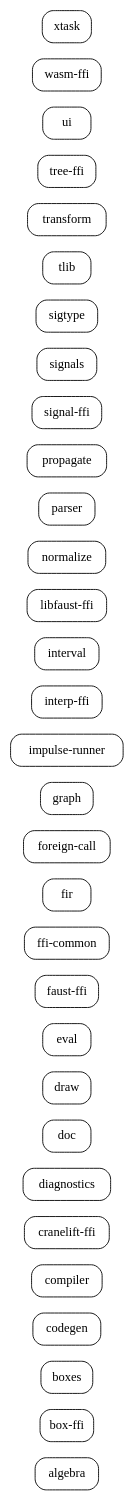
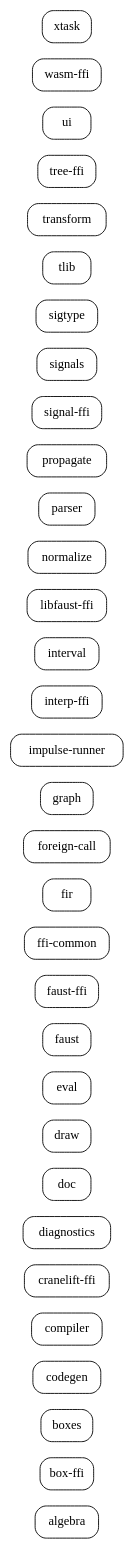
Before and after one commit to grame-cncm/faust-rs: the diagram in docs/code-graphs/workspace-crates.dot, drawn with Graphviz. The commit also changed 10 other files, not shown here.

```diff
--- a/docs/code-graphs/workspace-crates.dot
+++ b/docs/code-graphs/workspace-crates.dot
@@ -1,35 +1,36 @@
 digraph workspace_crates {
     rankdir=LR;
     node [shape=box, style="rounded"];
     "algebra";
     "box-ffi";
     "boxes";
     "codegen";
     "compiler";
     "cranelift-ffi";
     "diagnostics";
     "doc";
     "draw";
     "eval";
+    "faust";
     "faust-ffi";
     "ffi-common";
     "fir";
     "foreign-call";
     "graph";
     "impulse-runner";
     "interp-ffi";
     "interval";
     "libfaust-ffi";
     "normalize";
     "parser";
     "propagate";
     "signal-ffi";
     "signals";
     "sigtype";
     "tlib";
     "transform";
     "tree-ffi";
     "ui";
     "wasm-ffi";
     "xtask";
 }
```
